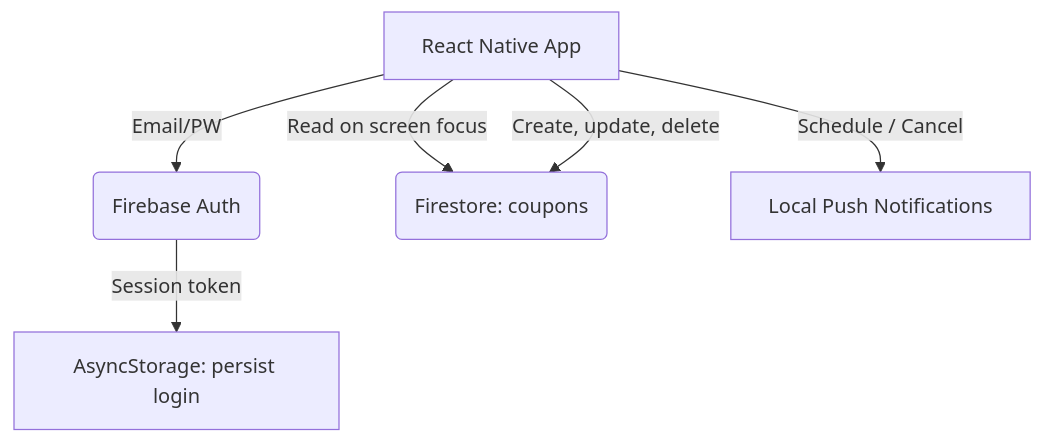
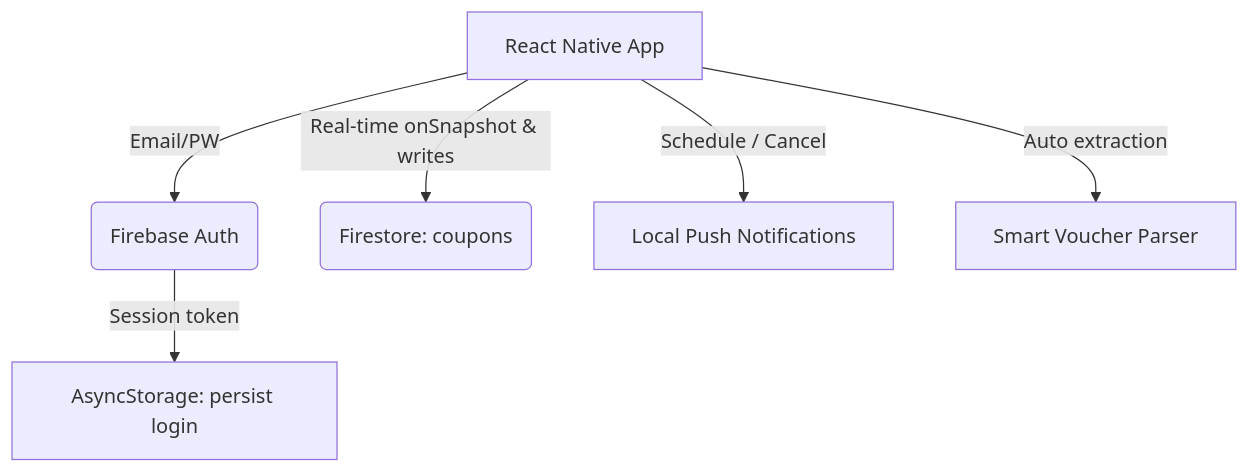
Before and after one commit to liminal-cipher/wallet-sync: the diagram in README.md, drawn with Mermaid. The commit also changed other lines of this file and 8 other files, not shown here.

First line of the commit message:
feat(sync): add real-time sync and voucher parser

````diff
--- a/README.md
+++ b/README.md
@@ -31,8 +32,8 @@
 ```mermaid
 graph TD
     A[React Native App] -->|Email/PW| B(Firebase Auth)
     B -->|Session token| C[AsyncStorage: persist login]
-    A -->|Read on screen focus| D(Firestore: coupons)
-    A -->|Create, update, delete| D
+    A -->|Real-time onSnapshot & writes| D(Firestore: coupons)
     A -->|Schedule / Cancel| E[Local Push Notifications]
+    A -->|Auto extraction| F[Smart Voucher Parser]
 ```
````
